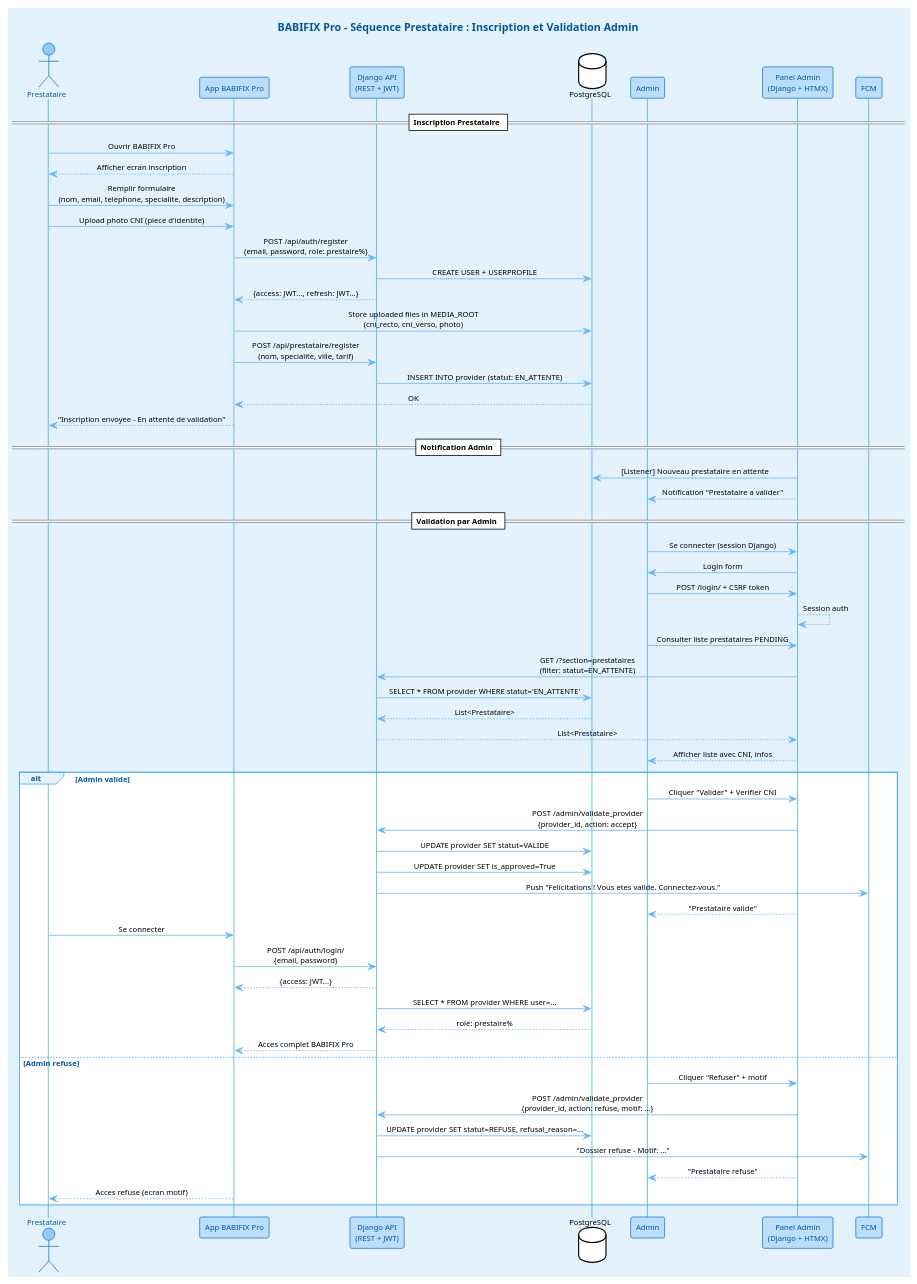
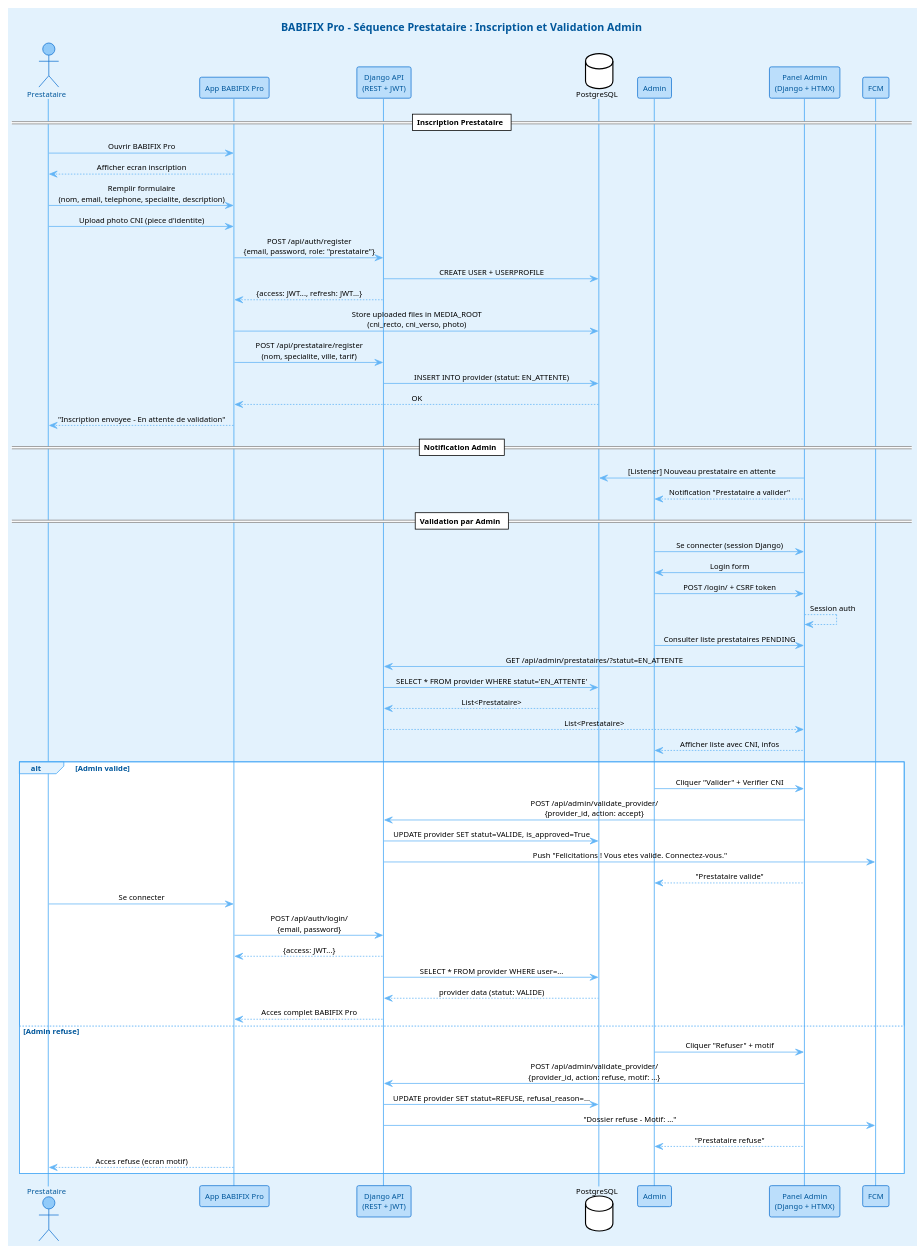
One commit to yvan2007/new-babifixbuild changed the diagram in UML_DIAGRAMMES/04_sequence_prestataire_inscription.puml. Above: the diagram before and after it, drawn with PlantUML. The commit also changed 7 other files, not shown here.

Commit message:
amelioration des diagrammes et rédaction

```diff
--- a/UML_DIAGRAMMES/04_sequence_prestataire_inscription.puml
+++ b/UML_DIAGRAMMES/04_sequence_prestataire_inscription.puml
@@ -1,117 +1,116 @@
 @startuml BABIFIX Pro - Séquence Prestataire : Inscription et Validation Admin
 !theme plain
 
 ' Parametres globaux
 skinparam backgroundColor #E3F2FD
 skinparam sequenceMessageAlign center
 skinparam defaultFontName Segoe UI
 skinparam defaultFontSize 10
 skinparam titleFontSize 14
 skinparam titleFontColor #01579B
 
 ' Participants et acteurs
 skinparam participant {
   BackgroundColor #BBDEFB
   BorderColor #1976D2
   FontColor #01579B
 }
 
 skinparam actor {
   BackgroundColor #90CAF9
   BorderColor #1976D2
   FontColor #01579B
 }
 
 skinparam sequenceArrow {
   Color #64B5F6
 }
 
 skinparam sequenceLifeLine {
   BorderColor #42A5F5
   BackgroundColor #E3F2FD
 }
 
 skinparam sequenceGroup {
   BackgroundColor #E3F2FD
   BorderColor #42A5F5
   FontColor #01579B
   HeaderBackgroundColor #BBDEFB
   HeaderFontColor #01579B
 }
 
 title **BABIFIX Pro** - Séquence Prestataire : Inscription et Validation Admin
 
 actor "Prestataire" as Prestataire
 participant "App BABIFIX Pro" as App
 participant "Django API\n(REST + JWT)" as API
 database "PostgreSQL" as DB
 participant "Admin" as Admin
 participant "Panel Admin\n(Django + HTMX)" as AdminPanel
 
 == Inscription Prestataire ==
 
 Prestataire -> App : Ouvrir BABIFIX Pro
 App --> Prestataire : Afficher ecran inscription
 
 Prestataire -> App : Remplir formulaire\n(nom, email, telephone, specialite, description)
 Prestataire -> App : Upload photo CNI (piece d'identite)
 
 ' Creation du compte Django
-App -> API : POST /api/auth/register\n{email, password, role: prestaire%}
+App -> API : POST /api/auth/register\n{email, password, role: "prestataire"}
 API -> DB : CREATE USER + USERPROFILE
 API --> App : {access: JWT..., refresh: JWT...}
 
 ' Upload CNI en multipart avec le meme POST
 App -> DB : Store uploaded files in MEDIA_ROOT\n(cni_recto, cni_verso, photo)
 
 App -> API : POST /api/prestataire/register\n(nom, specialite, ville, tarif)
 API -> DB : INSERT INTO provider (statut: EN_ATTENTE)
 DB --> App : OK
 
 App --> Prestataire : "Inscription envoyee - En attente de validation"
 
 == Notification Admin ==
 
 ' Notification via WebSocket ou polling
 AdminPanel -> DB : [Listener] Nouveau prestataire en attente
 AdminPanel --> Admin : Notification "Prestataire a valider"
 
 == Validation par Admin ==
 
 Admin -> AdminPanel : Se connecter (session Django)
 AdminPanel -> Admin : Login form
 Admin -> AdminPanel : POST /login/ + CSRF token
 AdminPanel --> AdminPanel : Session auth
 
 Admin -> AdminPanel : Consulter liste prestataires PENDING
-AdminPanel -> API : GET /?section=prestataires\n(filter: statut=EN_ATTENTE)
+AdminPanel -> API : GET /api/admin/prestataires/?statut=EN_ATTENTE
 API -> DB : SELECT * FROM provider WHERE statut='EN_ATTENTE'
 DB --> API : List<Prestataire>
 API --> AdminPanel : List<Prestataire>
 AdminPanel --> Admin : Afficher liste avec CNI, infos
 
 alt Admin valide
     Admin -> AdminPanel : Cliquer "Valider" + Verifier CNI
-    AdminPanel -> API : POST /admin/validate_provider\n{provider_id, action: accept}
-    API -> DB : UPDATE provider SET statut=VALIDE
-    API -> DB : UPDATE provider SET is_approved=True
+    AdminPanel -> API : POST /api/admin/validate_provider/\n{provider_id, action: accept}
+    API -> DB : UPDATE provider SET statut=VALIDE, is_approved=True
     API -> FCM : Push "Felicitations ! Vous etes valide. Connectez-vous."
     AdminPanel --> Admin : "Prestataire valide"
-    
+
     Prestataire -> App : Se connecter
     App -> API : POST /api/auth/login/\n{email, password}
     API --> App : {access: JWT...}
     API -> DB : SELECT * FROM provider WHERE user=...
-    DB --> API : role: prestaire%
+    DB --> API : provider data (statut: VALIDE)
     API --> App : Acces complet BABIFIX Pro
 
 else Admin refuse
     Admin -> AdminPanel : Cliquer "Refuser" + motif
-    AdminPanel -> API : POST /admin/validate_provider\n{provider_id, action: refuse, motif: ...}
+    AdminPanel -> API : POST /api/admin/validate_provider/\n{provider_id, action: refuse, motif: ...}
     API -> DB : UPDATE provider SET statut=REFUSE, refusal_reason=...
     API -> FCM : "Dossier refuse - Motif: ..."
     AdminPanel --> Admin : "Prestataire refuse"
     App --> Prestataire : Acces refuse (ecran motif)
 end
 
 @enduml
```
